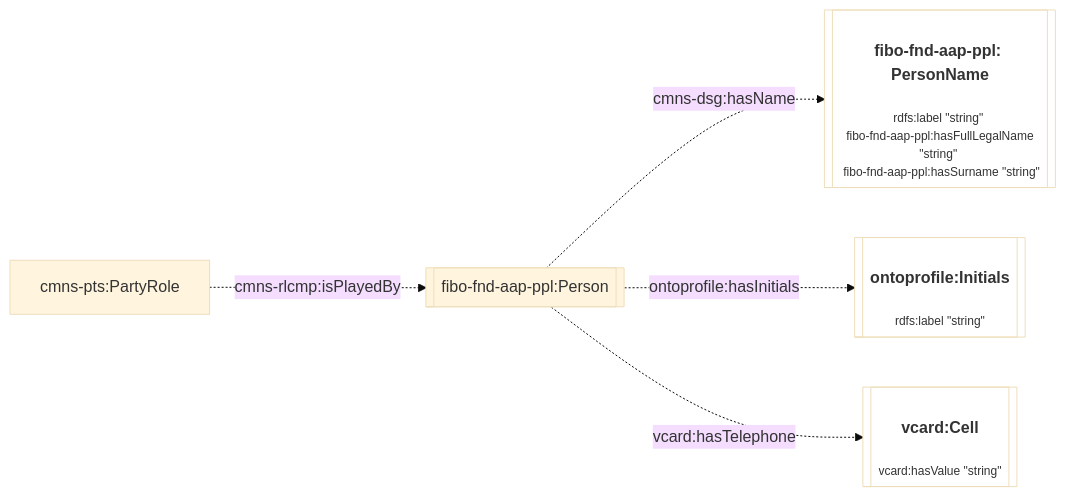
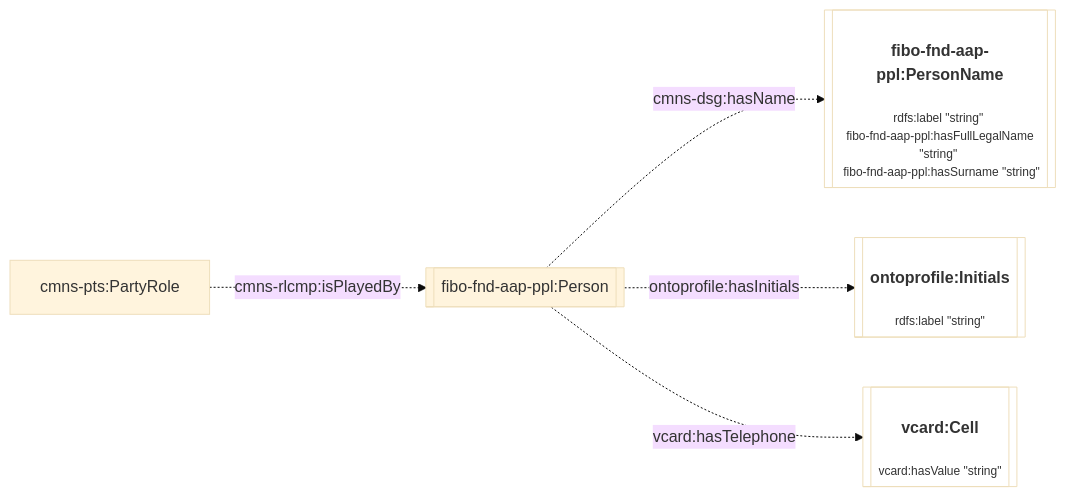
Before and after one commit to cambridge-cares/TheWorldAvatar: the fourth of 7 diagrams in JPS_Ontology/ontology/ontoprofile/README.MD, drawn with Mermaid (base theme). The commit also changed other lines of this file, not shown here.

Commit message:
dev-service-execution-ontology-extension: add overflow styles to link and node

````diff
--- a/JPS_Ontology/ontology/ontoprofile/README.MD
+++ b/JPS_Ontology/ontology/ontoprofile/README.MD
@@ -130,14 +131,15 @@
 ```mermaid
 flowchart LR
     %% Styling
     classDef literal fill:none
-    classDef node text-wrap:pretty
+    classDef node overflow-wrap:break-word,text-wrap:pretty
+    linkStyle default overflow-wrap:break-word,text-wrap:pretty;
 
     %% Contents
     cmns-pts:PartyRole -. cmns-rlcmp:isPlayedBy .-> Person[[fibo-fnd-aap-ppl:Person]]
-    Person -. cmns-dsg:hasName .-> PersonName[["<h4>fibo-fnd-aap-ppl: PersonName</h4><p style='font-size:0.75rem;'>rdfs:label &quot;string&quot; <br> fibo-fnd-aap-ppl:hasFullLegalName &quot;string&quot; <br> fibo-fnd-aap-ppl:hasSurname &quot;string&quot;</p>"]]:::literal
+    Person -. cmns-dsg:hasName .-> PersonName[["<h4>fibo-fnd-aap-ppl:PersonName</h4><p style='font-size:0.75rem;'>rdfs:label &quot;string&quot; <br> fibo-fnd-aap-ppl:hasFullLegalName &quot;string&quot; <br> fibo-fnd-aap-ppl:hasSurname &quot;string&quot;</p>"]]:::literal
 
     Person -. ontoprofile:hasInitials .-> Initials[["<h4>ontoprofile:Initials</h4><p style='font-size:0.75rem;'>rdfs:label &quot;string&quot;</p>"]]:::literal
 
     Person -. vcard:hasTelephone .-> Cell[["<h4>vcard:Cell</h4><p style='font-size:0.75rem;'>vcard:hasValue &quot;string&quot;</p>"]]:::literal
 ```
````
